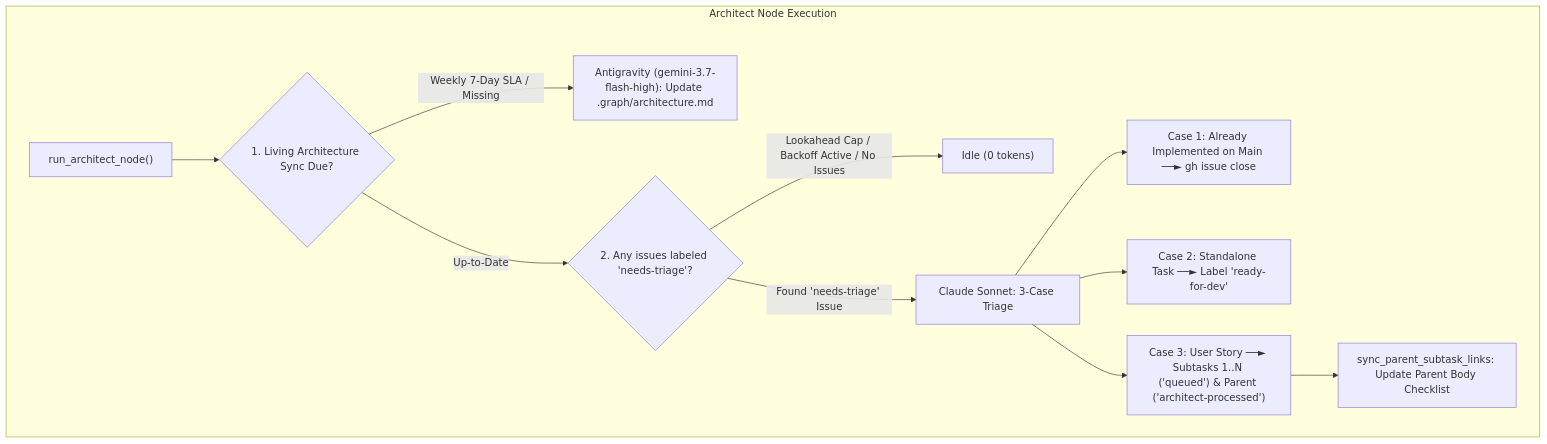
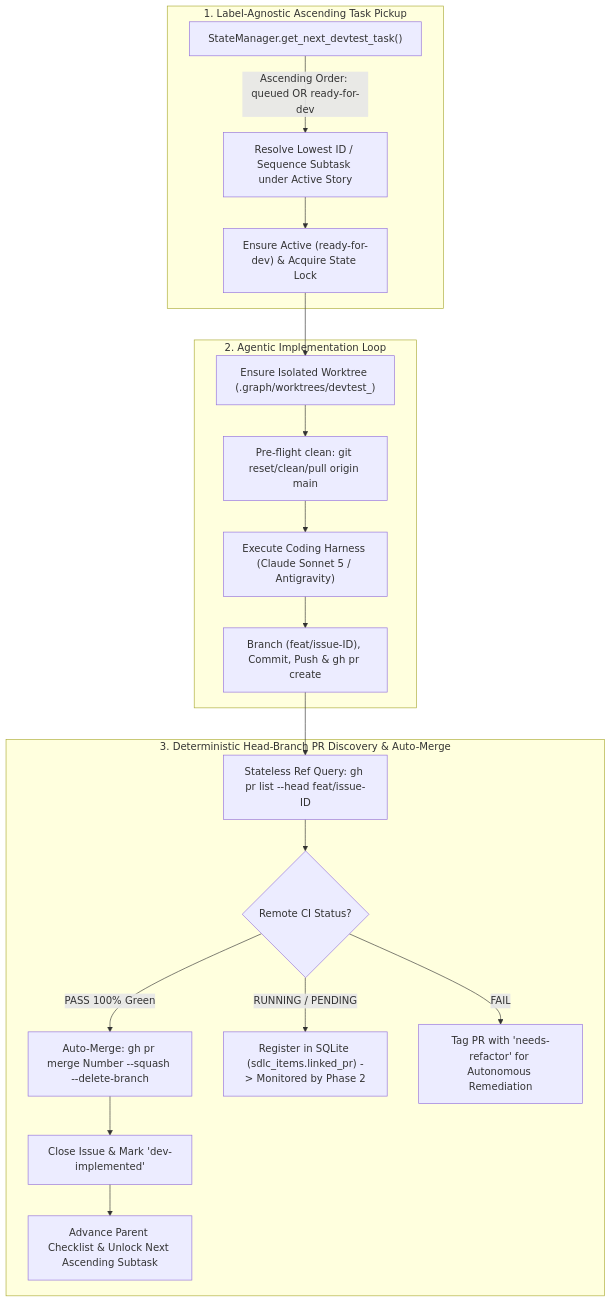
One commit to AntaresAndBharani/graph-engineering changed the diagram in docs/draft-requisites/implementation-plan.md. Above: the diagram before and after it, drawn with Mermaid. The commit also changed other lines of this file and 3 other files, not shown here.

Commit message:
feat(devtest): clean up devtest node, enforce label-agnostic ascending task pickup, and harden CI auto-merge

````diff
--- a/docs/draft-requisites/implementation-plan.md
+++ b/docs/draft-requisites/implementation-plan.md
@@ -67,16 +52,24 @@
 ```mermaid
 flowchart TD
-    subgraph Architect Node Execution
-        Entry["run_architect_node()"] --> P1{"1. Living Architecture Sync Due?"}
-        P1 -->|Weekly 7-Day SLA / Missing| ResHarness["Antigravity (gemini-3.7-flash-high): Update .graph/architecture.md"]
-        P1 -->|Up-to-Date| P2{"2. Any issues labeled 'needs-triage'?"}
+    subgraph 1. Label-Agnostic Ascending Task Pickup
+        CTE["StateManager.get_next_devtest_task()"] -->|Ascending Order: queued OR ready-for-dev| NextTask["Resolve Lowest ID / Sequence Subtask under Active Story"]
+        NextTask --> Activate["Ensure Active (ready-for-dev) & Acquire State Lock"]
+    end
 
-        P2 -->|Lookahead Cap / Backoff Active / No Issues| Idle["Idle (0 tokens)"]
-        P2 -->|Found 'needs-triage' Issue| Triage["Claude Sonnet: 3-Case Triage"]
+    subgraph 2. Agentic Implementation Loop
+        Activate --> Worktree["Ensure Isolated Worktree (.graph/worktrees/devtest_<proj>)"]
+        Worktree --> Preflight["Pre-flight clean: git reset/clean/pull origin main"]
+        Preflight --> Harness["Execute Coding Harness (Claude Sonnet 5 / Antigravity)"]
+        Harness --> Push["Branch (feat/issue-ID), Commit, Push & gh pr create"]
+    end
 
-        Triage --> Case1["Case 1: Already Implemented on Main ──► gh issue close"]
-        Triage --> Case2["Case 2: Standalone Task ──► Label 'ready-for-dev'"]
-        Triage --> Case3["Case 3: User Story ──► Subtasks 1..N ('queued') & Parent ('architect-processed')"]
-        Case3 --> Sync["sync_parent_subtask_links: Update Parent Body Checklist"]
+    subgraph 3. Deterministic Head-Branch PR Discovery & Auto-Merge
+        Push --> RefDiscovery["Stateless Ref Query: gh pr list --head feat/issue-ID"]
+        RefDiscovery --> CheckCI{"Remote CI Status?"}
+        CheckCI -->|PASS 100% Green| Merge["Auto-Merge: gh pr merge Number --squash --delete-branch"]
+        Merge --> Close["Close Issue & Mark 'dev-implemented'"]
+        Close --> Advance["Advance Parent Checklist & Unlock Next Ascending Subtask"]
+        CheckCI -->|RUNNING / PENDING| Phase2["Register in SQLite (sdlc_items.linked_pr) -> Monitored by Phase 2"]
+        CheckCI -->|FAIL| Refactor["Tag PR with 'needs-refactor' for Autonomous Remediation"]
     end
 ```
````
